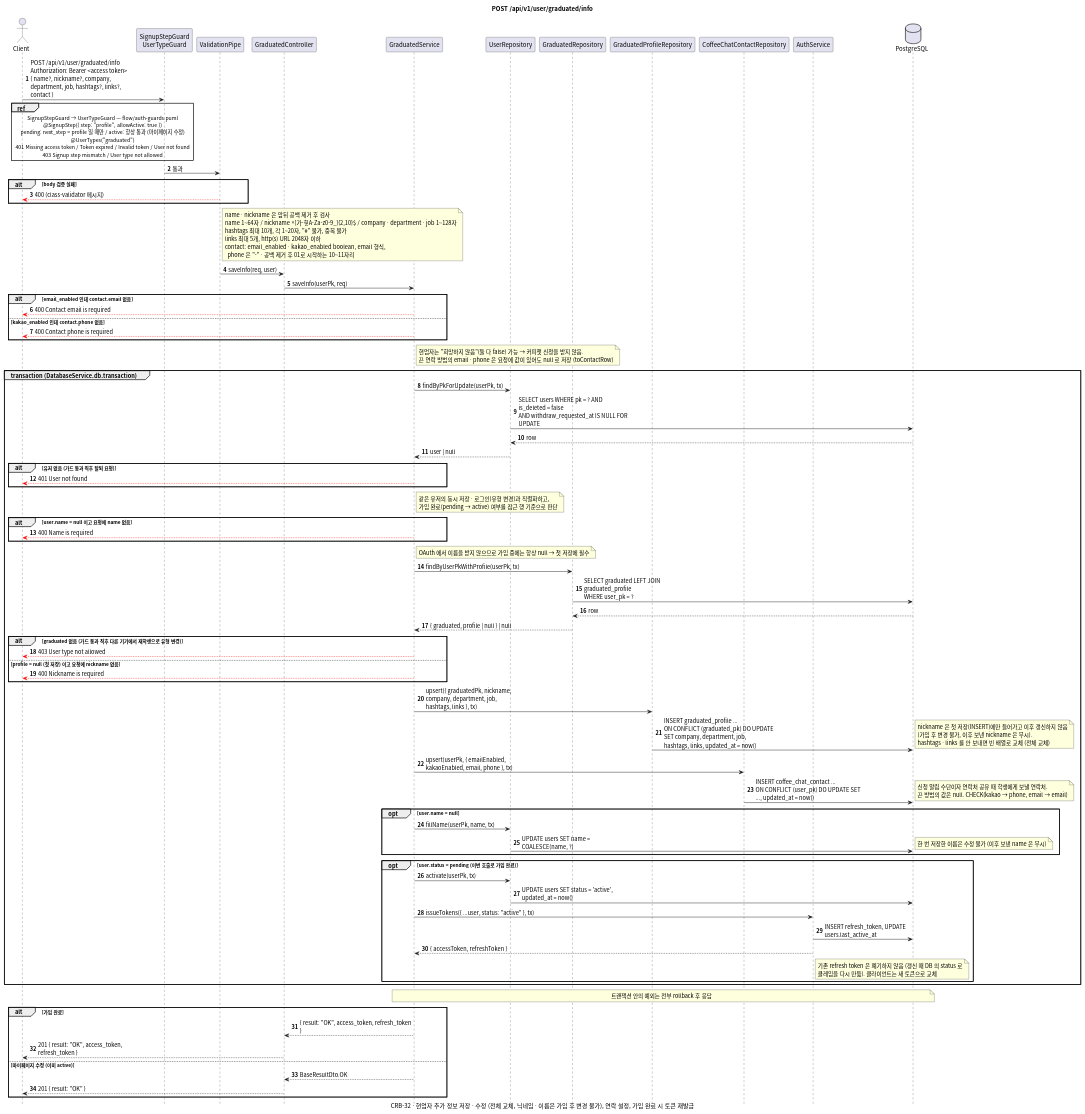
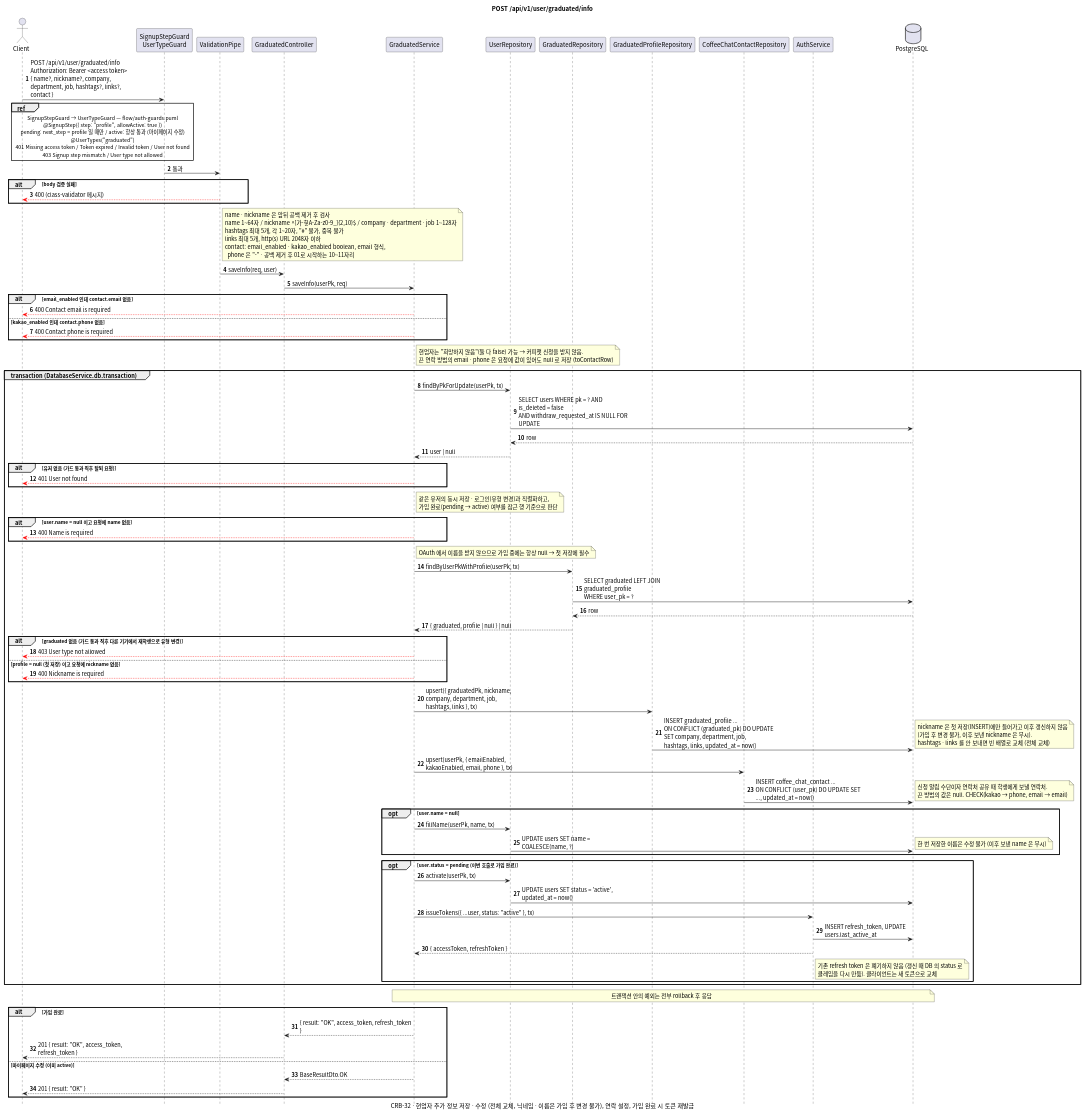
The diagram in docs/sequence/graduated/post-info.puml (gsainfoteam/cheers-be), drawn with PlantUML before and after one commit. The commit also changed 2 other files, not shown here.

Commit message:
- feat: limit graduated hashtags to 5 (CRB-65)
Goalpost-Change: src/auth/auth.service.spec.ts: changes the values in 1 assertion (allowed by the user)

```diff
--- a/docs/sequence/graduated/post-info.puml
+++ b/docs/sequence/graduated/post-info.puml
@@ -1,127 +1,127 @@
 @startuml post-info
 skinparam defaultFontName "Apple SD Gothic Neo", "Noto Sans CJK KR", sans-serif
 skinparam responseMessageBelowArrow true
 skinparam sequenceMessageAlign left
 skinparam maxMessageSize 260
 skinparam BoxPadding 8
 skinparam shadowing false
 autonumber
 hide footbox
 
 title POST /api/v1/user/graduated/info
 caption CRB-32 · 현업자 추가 정보 저장 · 수정 (전체 교체, 닉네임 · 이름은 가입 후 변경 불가), 연락 설정, 가입 완료 시 토큰 재발급
 
 actor Client
 participant "SignupStepGuard\nUserTypeGuard" as Guard
 participant "ValidationPipe" as Pipe
 participant "GraduatedController" as Controller
 participant "GraduatedService" as Service
 participant "UserRepository" as UserRepository
 participant "GraduatedRepository" as GraduatedRepository
 participant "GraduatedProfileRepository" as ProfileRepository
 participant "CoffeeChatContactRepository" as ContactRepository
 participant "AuthService" as AuthService
 database PostgreSQL
 
 Client -> Guard: POST /api/v1/user/graduated/info\nAuthorization: Bearer <access token>\n{ name?, nickname?, company, department, job, hashtags?, links?, contact }
 ref over Client, Guard
   SignupStepGuard → UserTypeGuard — flow/auth-guards.puml
   @SignupStep({ step: "profile", allowActive: true })
   pending: next_step = profile 일 때만 / active: 항상 통과 (마이페이지 수정)
   @UserTypes("graduated")
   401 Missing access token / Token expired / Invalid token / User not found
   403 Signup step mismatch / User type not allowed
 end ref
 Guard -> Pipe: 통과
 alt body 검증 실패
   Pipe -[#red]-> Client: 400 (class-validator 메시지)
 end
 note right of Pipe
   name · nickname 은 앞뒤 공백 제거 후 검사
   name 1~64자 / nickname ^[가-힣A-Za-z0-9_]{2,10}$ / company · department · job 1~128자
-  hashtags 최대 10개, 각 1~20자, "#" 불가, 중복 불가
+  hashtags 최대 5개, 각 1~20자, "#" 불가, 중복 불가
   links 최대 5개, http(s) URL 2048자 이하
   contact: email_enabled · kakao_enabled boolean, email 형식,
     phone 은 "-" · 공백 제거 후 01로 시작하는 10~11자리
 end note
 Pipe -> Controller: saveInfo(req, user)
 Controller -> Service: saveInfo(userPk, req)
 
 alt email_enabled 인데 contact.email 없음
   Service -[#red]-> Client: 400 Contact email is required
 else kakao_enabled 인데 contact.phone 없음
   Service -[#red]-> Client: 400 Contact phone is required
 end
 note right of Service
   현업자는 "희망하지 않음"(둘 다 false) 가능 → 커피챗 신청을 받지 않음.
   끈 연락 방법의 email · phone 은 요청에 값이 있어도 null 로 저장 (toContactRow)
 end note
 
 group transaction (DatabaseService.db.transaction)
   Service -> UserRepository: findByPkForUpdate(userPk, tx)
   UserRepository -> PostgreSQL: SELECT users WHERE pk = ? AND is_deleted = false\nAND withdraw_requested_at IS NULL FOR UPDATE
   PostgreSQL --> UserRepository: row
   UserRepository --> Service: user | null
   alt 유저 없음 (가드 통과 직후 탈퇴 요청)
     Service -[#red]-> Client: 401 User not found
   end
   note right of Service
     같은 유저의 동시 저장 · 로그인(유형 변경)과 직렬화하고,
     가입 완료(pending → active) 여부를 잠근 행 기준으로 판단
   end note
   alt user.name = null 이고 요청에 name 없음
     Service -[#red]-> Client: 400 Name is required
   end
   note right of Service: OAuth 에서 이름을 받지 않으므로 가입 중에는 항상 null → 첫 저장에 필수
 
   Service -> GraduatedRepository: findByUserPkWithProfile(userPk, tx)
   GraduatedRepository -> PostgreSQL: SELECT graduated LEFT JOIN graduated_profile\nWHERE user_pk = ?
   PostgreSQL --> GraduatedRepository: row
   GraduatedRepository --> Service: { graduated, profile | null } | null
   alt graduated 없음 (가드 통과 직후 다른 기기에서 재학생으로 유형 변경)
     Service -[#red]-> Client: 403 User type not allowed
   else profile = null (첫 저장) 이고 요청에 nickname 없음
     Service -[#red]-> Client: 400 Nickname is required
   end
 
   Service -> ProfileRepository: upsert({ graduatedPk, nickname, company, department, job,\nhashtags, links }, tx)
   ProfileRepository -> PostgreSQL: INSERT graduated_profile ...\nON CONFLICT (graduated_pk) DO UPDATE SET company, department, job,\nhashtags, links, updated_at = now()
   note right
     nickname 은 첫 저장(INSERT)에만 들어가고 이후 갱신하지 않음
     (가입 후 변경 불가, 이후 보낸 nickname 은 무시).
     hashtags · links 를 안 보내면 빈 배열로 교체 (전체 교체)
   end note
 
   Service -> ContactRepository: upsert(userPk, { emailEnabled, kakaoEnabled, email, phone }, tx)
   ContactRepository -> PostgreSQL: INSERT coffee_chat_contact ...\nON CONFLICT (user_pk) DO UPDATE SET ..., updated_at = now()
   note right: 신청 알림 수단이자 연락처 공유 때 학생에게 보낼 연락처.\n끈 방법의 값은 null. CHECK(kakao → phone, email → email)
 
   opt user.name = null
     Service -> UserRepository: fillName(userPk, name, tx)
     UserRepository -> PostgreSQL: UPDATE users SET name = COALESCE(name, ?)
     note right: 한 번 저장한 이름은 수정 불가 (이후 보낸 name 은 무시)
   end
 
   opt user.status = pending (이번 호출로 가입 완료)
     Service -> UserRepository: activate(userPk, tx)
     UserRepository -> PostgreSQL: UPDATE users SET status = 'active', updated_at = now()
     Service -> AuthService: issueTokens({ ...user, status: "active" }, tx)
     AuthService -> PostgreSQL: INSERT refresh_token, UPDATE users.last_active_at
     AuthService --> Service: { accessToken, refreshToken }
     note right of AuthService
       기존 refresh token 은 폐기하지 않음 (갱신 때 DB 의 status 로
       클레임을 다시 만듦). 클라이언트는 새 토큰으로 교체
     end note
   end
 end
 note over Service, PostgreSQL: 트랜잭션 안의 예외는 전부 rollback 후 응답
 
 alt 가입 완료
   Service --> Controller: { result: "OK", access_token, refresh_token }
   Controller --> Client: 201 { result: "OK", access_token, refresh_token }
 else 마이페이지 수정 (이미 active)
   Service --> Controller: BaseResultDto.OK
   Controller --> Client: 201 { result: "OK" }
 end
 
 @enduml
```
